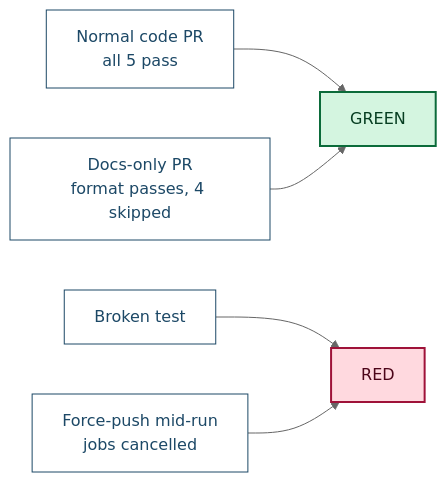
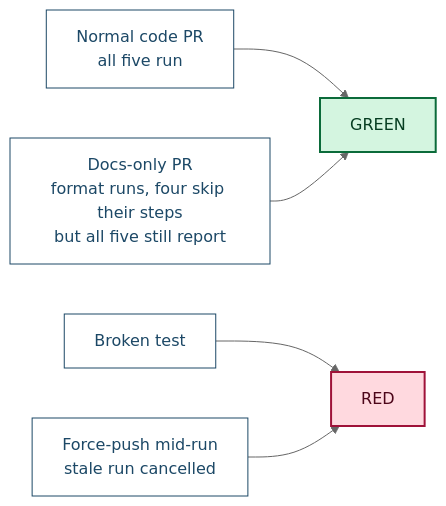
One commit to acmpsu/acm-website changed the fourth of 11 diagrams in docs/ci-map.md. Above: the diagram before and after it, drawn with Mermaid (neutral theme). The commit also changed other lines of this file and 2 other files, not shown here.

````diff
--- a/docs/ci-map.md
+++ b/docs/ci-map.md
@@ -169,14 +143,14 @@
 ```mermaid
 flowchart LR
-    S1["Normal code PR<br/>all 5 pass"] --> G1["GREEN"]
-    S2["Docs-only PR<br/>format passes, 4 skipped"] --> G1
+    S1["Normal code PR<br/>all five run"] --> G1["GREEN"]
+    S2["Docs-only PR<br/>format runs, four skip their steps<br/>but all five still report"] --> G1
     S3["Broken test"] --> G2["RED"]
-    S4["Force-push mid-run<br/>jobs cancelled"] --> G2
+    S4["Force-push mid-run<br/>stale run cancelled"] --> G2
 
     classDef sc fill:#ffffff,stroke:#1c4866,stroke-width:1px,color:#1c4866
     classDef good fill:#d4f5e0,stroke:#0b6b3a,stroke-width:2px,color:#063d21
     classDef bad fill:#ffd9df,stroke:#9f1239,stroke-width:2px,color:#4c0519
     class S1,S2,S3,S4 sc
     class G1 good
     class G2 bad
 ```
````
